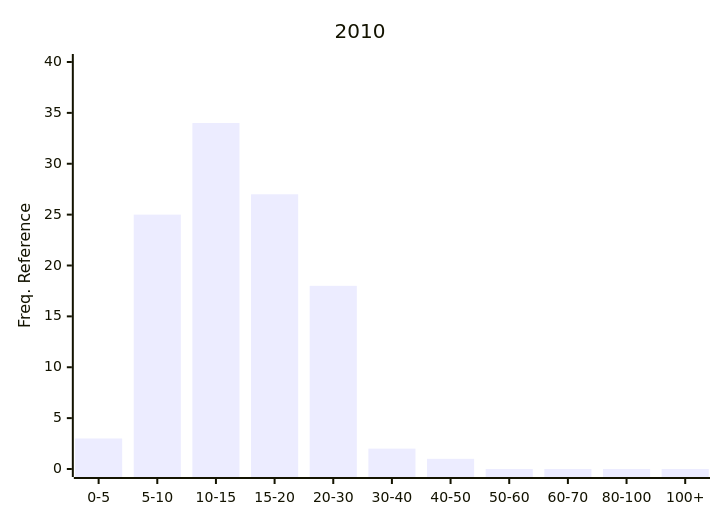
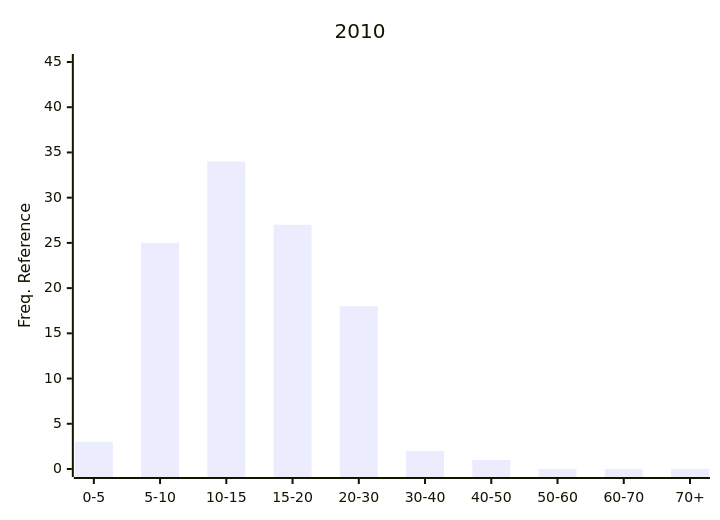
Before and after one commit to Nemus-Project/fair-nime-2026: diagram 14 of 29 in README.md, drawn with Mermaid. The commit also changed other lines of this file, not shown here.

Commit message:
add freq charts

````diff
--- a/README.md
+++ b/README.md
@@ -556,7 +559,7 @@
 ```mermaid
 xychart-beta
     title "2010"
-    x-axis ["0-5", "5-10", "10-15", "15-20", "20-30", "30-40", "40-50", "50-60", "60-70", "80-100", "100+"]
-    y-axis "Freq. Reference" 0 --> 40
-    bar [3, 25, 34, 27, 18, 2, 1, 0, 0, 0, 0]
+    x-axis ["0-5", "5-10", "10-15", "15-20", "20-30", "30-40", "40-50", "50-60", "60-70", "70+"]
+    y-axis "Freq. Reference" 0 --> 45
+    bar [3, 25, 34, 27, 18, 2, 1, 0, 0, 0]
 ```    
````
